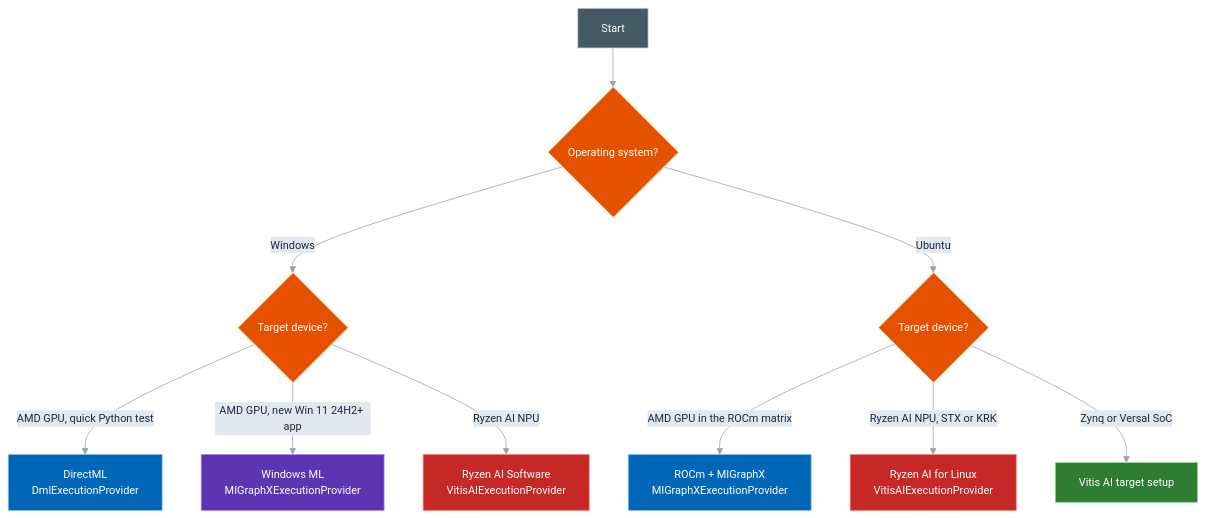
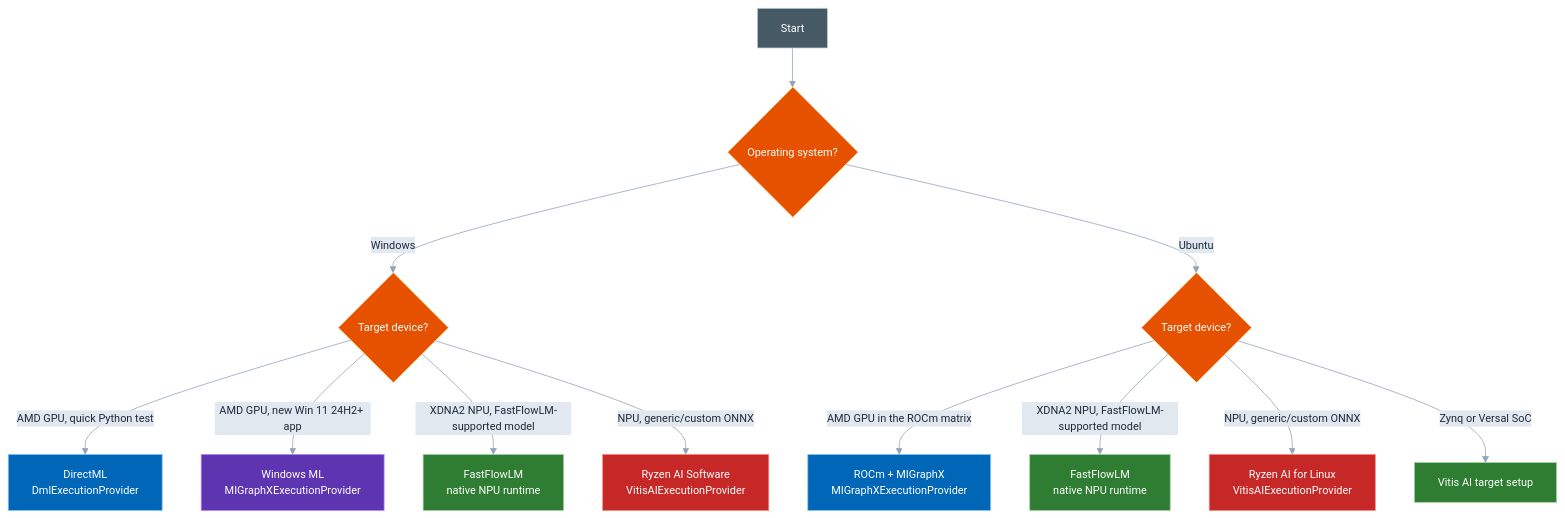
One commit to DakeQQ/Tutorial-ONNX-Runtime-Execution-Providers changed the second of 9 diagrams in AMD/README.md. Above: the diagram before and after it, drawn with Mermaid. The commit also changed other lines of this file and 1 other file, not shown here.

````diff
--- a/AMD/README.md
+++ b/AMD/README.md
@@ -103,26 +109,30 @@
 ```mermaid
 %%{init: {"theme":"base","themeVariables":{"fontSize":"14px","lineColor":"#94a3b8","edgeLabelBackground":"#e2e8f0","primaryTextColor":"#1e293b"}}}%%
 flowchart TD
     A["Start"] --> B{"Operating system?"}
     B -->|Windows| C{"Target device?"}
     B -->|Ubuntu| D{"Target device?"}
 
     C -->|"AMD GPU, quick Python test"| E["DirectML<br/>DmlExecutionProvider"]
     C -->|"AMD GPU, new Win 11 24H2+ app"| F["Windows ML<br/>MIGraphXExecutionProvider"]
-    C -->|"Ryzen AI NPU"| G["Ryzen AI Software<br/>VitisAIExecutionProvider"]
+    C -->|"XDNA2 NPU, FastFlowLM-supported model"| G["FastFlowLM<br/>native NPU runtime"]
+    C -->|"NPU, generic/custom ONNX"| K["Ryzen AI Software<br/>VitisAIExecutionProvider"]
 
     D -->|"AMD GPU in the ROCm matrix"| H["ROCm + MIGraphX<br/>MIGraphXExecutionProvider"]
-    D -->|"Ryzen AI NPU, STX or KRK"| I["Ryzen AI for Linux<br/>VitisAIExecutionProvider"]
+    D -->|"XDNA2 NPU, FastFlowLM-supported model"| I["FastFlowLM<br/>native NPU runtime"]
+    D -->|"NPU, generic/custom ONNX"| L["Ryzen AI for Linux<br/>VitisAIExecutionProvider"]
     D -->|"Zynq or Versal SoC"| J["Vitis AI target setup"]
 
     style A fill:#455a64,stroke:#cfd8dc,color:#ffffff
     style B fill:#e65100,stroke:#ffcc80,color:#ffffff
     style C fill:#e65100,stroke:#ffcc80,color:#ffffff
     style D fill:#e65100,stroke:#ffcc80,color:#ffffff
     style E fill:#0067b8,stroke:#8dc8f4,color:#ffffff
     style F fill:#5e35b1,stroke:#b388ff,color:#ffffff
-    style G fill:#c62828,stroke:#ff8a80,color:#ffffff
+    style G fill:#2e7d32,stroke:#a5d6a7,color:#ffffff
     style H fill:#0067b8,stroke:#8dc8f4,color:#ffffff
-    style I fill:#c62828,stroke:#ff8a80,color:#ffffff
+    style I fill:#2e7d32,stroke:#a5d6a7,color:#ffffff
     style J fill:#2e7d32,stroke:#a5d6a7,color:#ffffff
+    style K fill:#c62828,stroke:#ff8a80,color:#ffffff
+    style L fill:#c62828,stroke:#ff8a80,color:#ffffff
 ```
````
